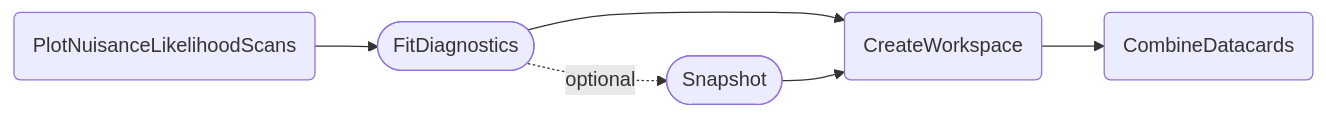
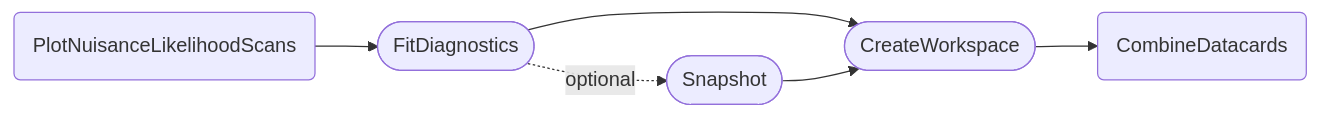
The second of 2 diagrams in docs/content/tasks/postfit.md (cms-hh/inference_tools), drawn with Mermaid before and after one commit. The commit also changed other lines of this file and 8 other files, not shown here.

````diff
--- a/docs/content/tasks/postfit.md
+++ b/docs/content/tasks/postfit.md
@@ -110,8 +110,8 @@
 ```mermaid
     graph LR;
     A(PlotNuisanceLikelihoodScans) --> B([FitDiagnostics]);
-    B --> C(CreateWorkspace);
+    B --> C([CreateWorkspace]);
     C --> D(CombineDatacards);
     B -. optional .-> E([Snapshot]);
     E --> C;
 ```
````
